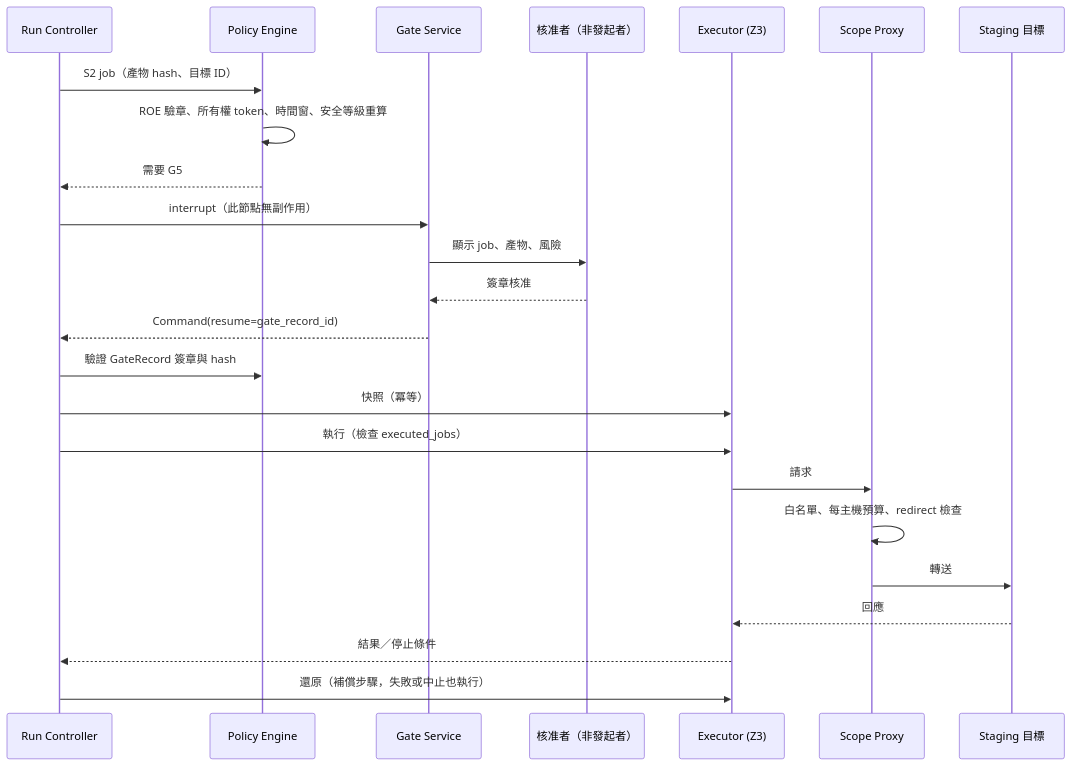
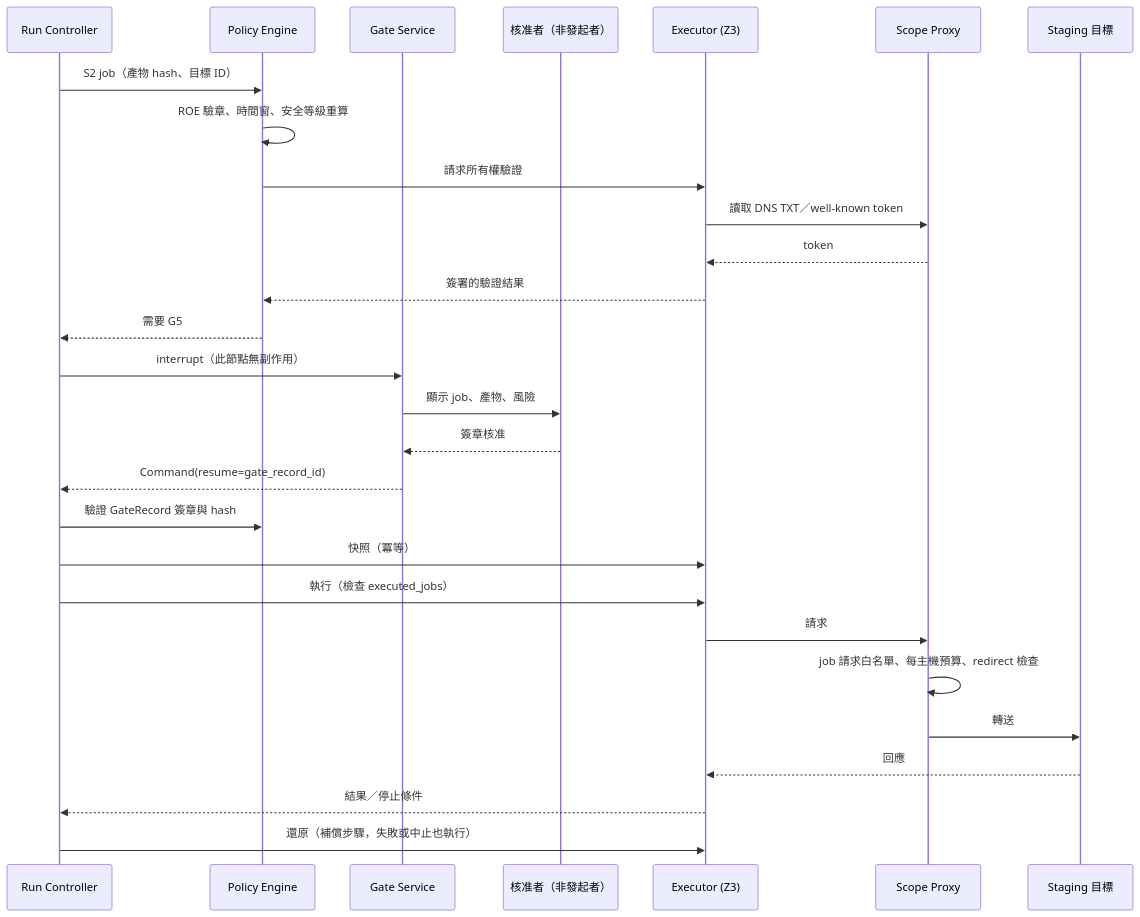
One commit to chinchiang/VibeCheckHarness changed the sixth of 6 diagrams in docs/03-system-architecture.md. Above: the diagram before and after it, drawn with Mermaid. The commit also changed other lines of this file and 30 other files, not shown here.

````diff
--- a/docs/03-system-architecture.md
+++ b/docs/03-system-architecture.md
@@ -516,26 +535,30 @@
 ```mermaid
 sequenceDiagram
   participant RC as Run Controller
   participant PE as Policy Engine
   participant GS as Gate Service
   participant H as 核准者（非發起者）
   participant EX as Executor (Z3)
   participant SP as Scope Proxy
   participant T as Staging 目標
   RC->>PE: S2 job（產物 hash、目標 ID）
-  PE->>PE: ROE 驗章、所有權 token、時間窗、安全等級重算
+  PE->>PE: ROE 驗章、時間窗、安全等級重算
+  PE->>EX: 請求所有權驗證
+  EX->>SP: 讀取 DNS TXT／well-known token
+  SP-->>EX: token
+  EX-->>PE: 簽署的驗證結果
   PE-->>RC: 需要 G5
   RC->>GS: interrupt（此節點無副作用）
   GS->>H: 顯示 job、產物、風險
   H-->>GS: 簽章核准
   GS-->>RC: Command(resume=gate_record_id)
   RC->>PE: 驗證 GateRecord 簽章與 hash
   RC->>EX: 快照（冪等）
   RC->>EX: 執行（檢查 executed_jobs）
   EX->>SP: 請求
-  SP->>SP: 白名單、每主機預算、redirect 檢查
+  SP->>SP: job 請求白名單、每主機預算、redirect 檢查
   SP->>T: 轉送
   T-->>EX: 回應
   EX-->>RC: 結果／停止條件
   RC->>EX: 還原（補償步驟，失敗或中止也執行）
 ```
````
